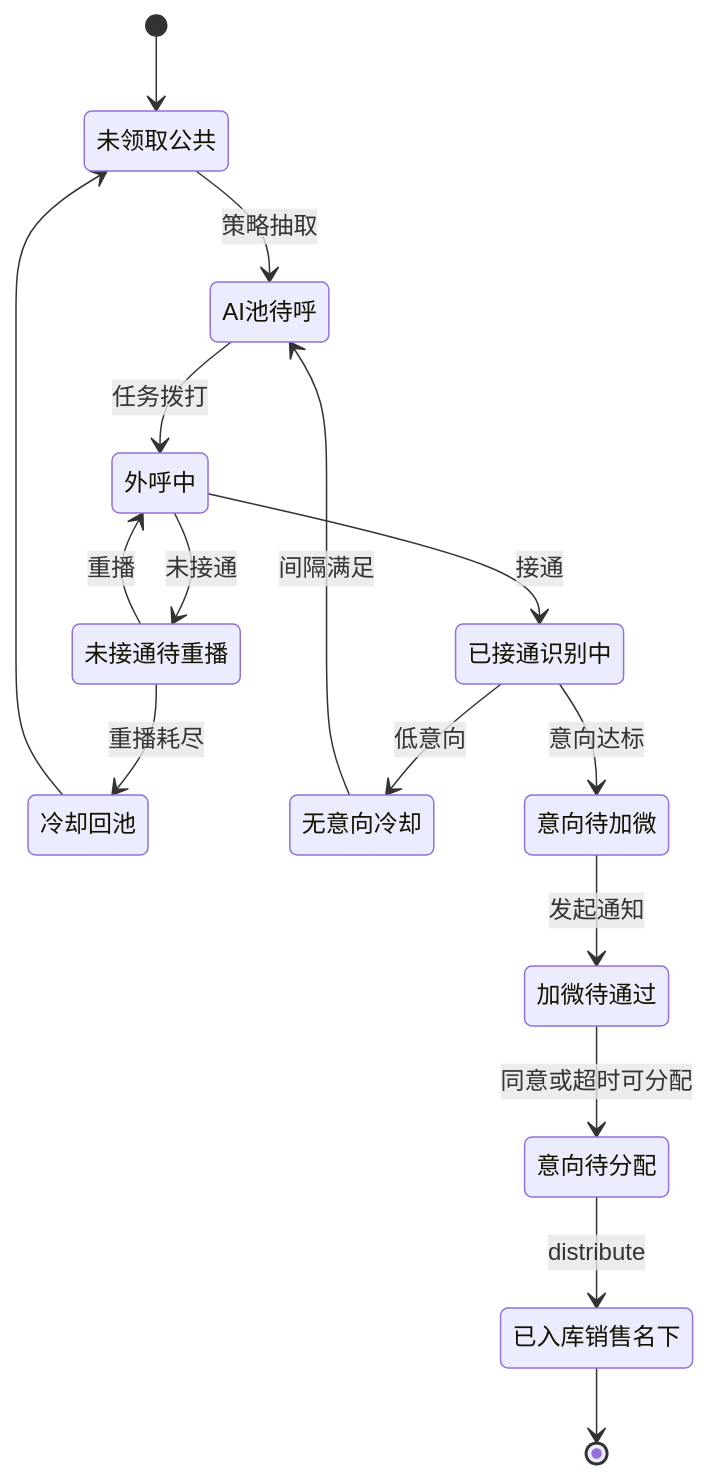
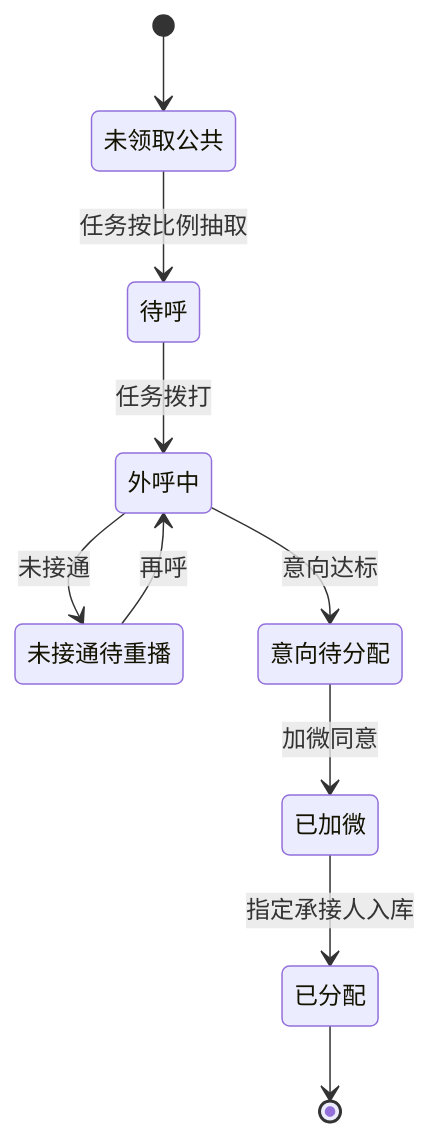
The second of 2 diagrams in docs/scheme-a-system.md (Leo-ai05/ai-crm-outbound-design), drawn with Mermaid before and after one commit. The commit also changed other lines of this file and 3 other files, not shown here.

````diff
--- a/docs/scheme-a-system.md
+++ b/docs/scheme-a-system.md
@@ -53,18 +57,12 @@
 ```mermaid
 stateDiagram-v2
   [*] --> 未领取公共
-  未领取公共 --> AI池待呼: 策略抽取
-  AI池待呼 --> 外呼中: 任务拨打
+  未领取公共 --> 待呼: 任务按比例抽取
+  待呼 --> 外呼中: 任务拨打
   外呼中 --> 未接通待重播: 未接通
-  未接通待重播 --> 外呼中: 重播
-  未接通待重播 --> 冷却回池: 重播耗尽
-  外呼中 --> 已接通识别中: 接通
-  已接通识别中 --> 无意向冷却: 低意向
-  已接通识别中 --> 意向待加微: 意向达标
-  意向待加微 --> 加微待通过: 发起通知
-  加微待通过 --> 意向待分配: 同意或超时可分配
-  意向待分配 --> 已入库销售名下: distribute
-  已入库销售名下 --> [*]
-  冷却回池 --> 未领取公共
-  无意向冷却 --> AI池待呼: 间隔满足
+  未接通待重播 --> 外呼中: 再呼
+  外呼中 --> 意向待分配: 意向达标
+  意向待分配 --> 已加微: 加微同意
+  已加微 --> 已分配: 指定承接人入库
+  已分配 --> [*]
 ```
````
